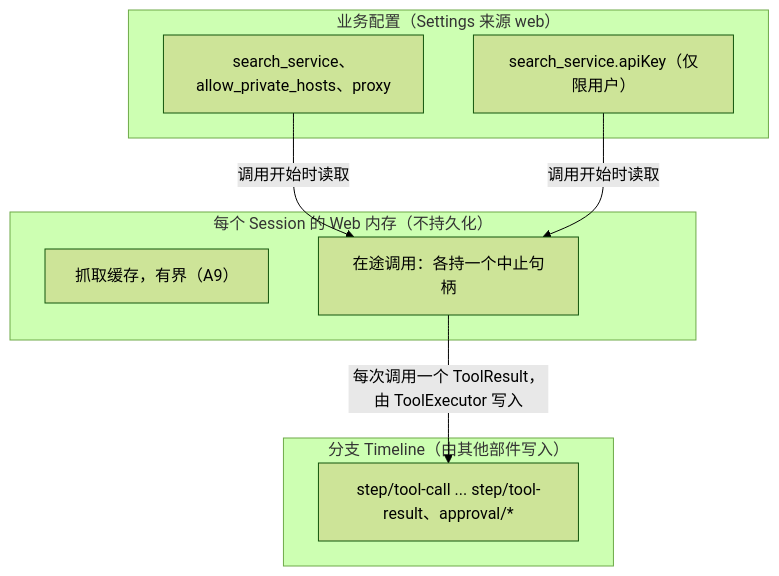
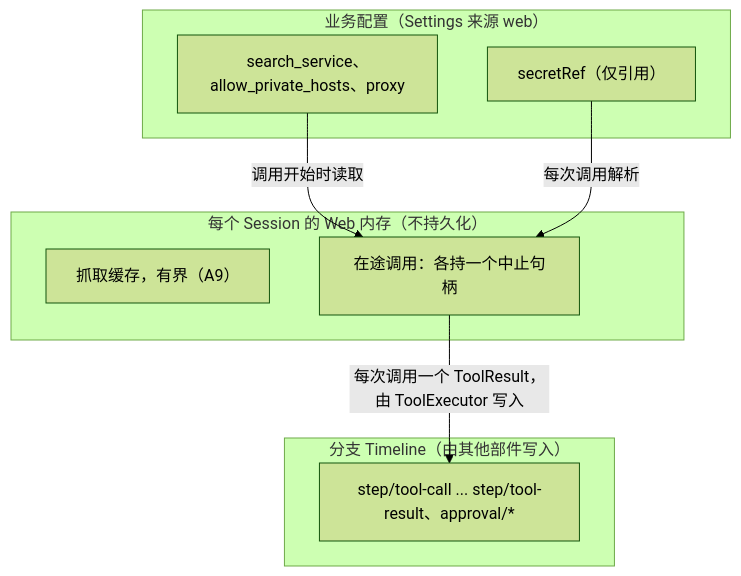
One commit to CoutinhoTTS/dim-agent changed the second of 5 diagrams in docs/zh/design/plugins/Web.md. Above: the diagram before and after it, drawn with Mermaid (forest theme). The commit also changed other lines of this file and 1 other file, not shown here.

````diff
--- a/docs/zh/design/plugins/Web.md
+++ b/docs/zh/design/plugins/Web.md
@@ -44,17 +46,17 @@
 ```mermaid
 flowchart TB
   subgraph CFG["业务配置（Settings 来源 web）"]
     WebCfg["search_service、allow_private_hosts、proxy"]
-    Secret["search_service.apiKey（仅限用户）"]
+    Secret["secretRef（仅引用）"]
   end
   subgraph MEM["每个 Session 的 Web 内存（不持久化）"]
     Cache["抓取缓存，有界（A9）"]
     Inflight["在途调用：各持一个中止句柄"]
   end
   subgraph TL["分支 Timeline（由其他部件写入）"]
     Calls["step/tool-call ... step/tool-result、approval/*"]
   end
   WebCfg -->|"调用开始时读取"| Inflight
-  Secret -->|"调用开始时读取"| Inflight
+  Secret -->|"每次调用解析"| Inflight
   Inflight -->|"每次调用一个 ToolResult，由 ToolExecutor 写入"| Calls
 ```
````
